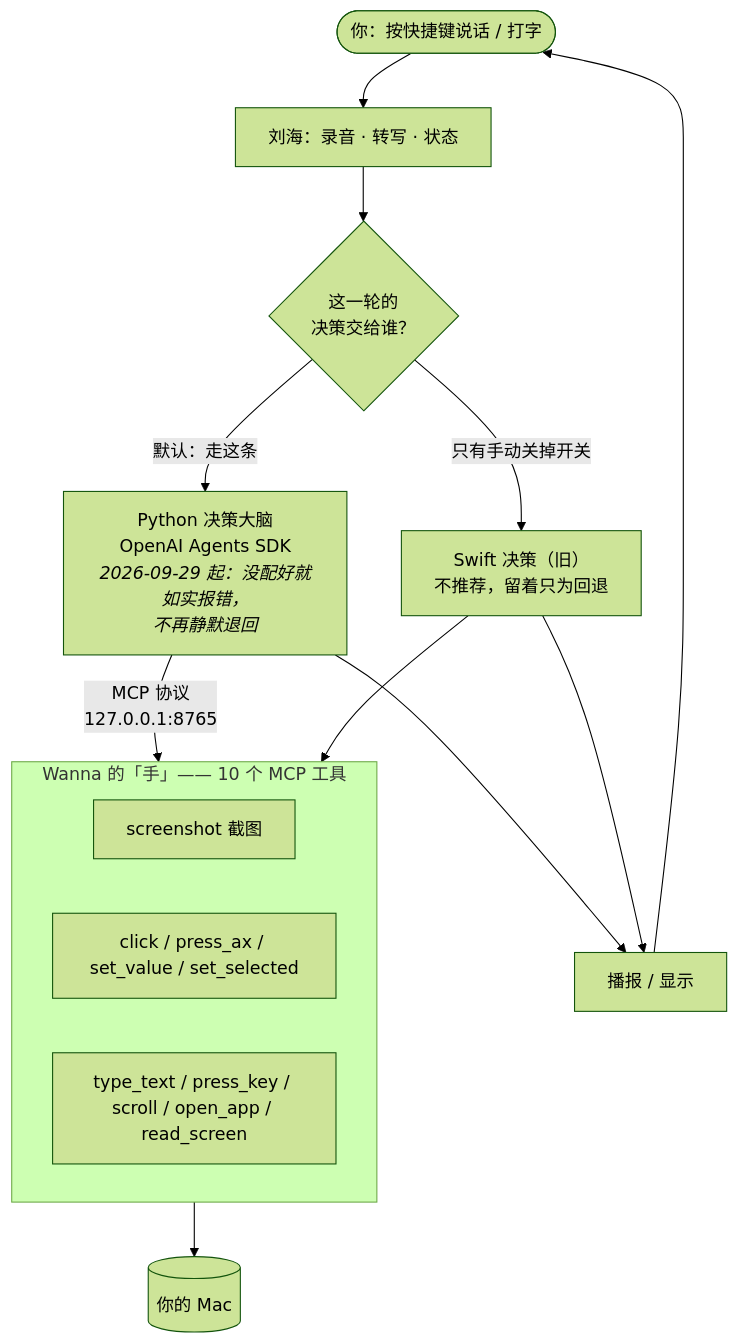
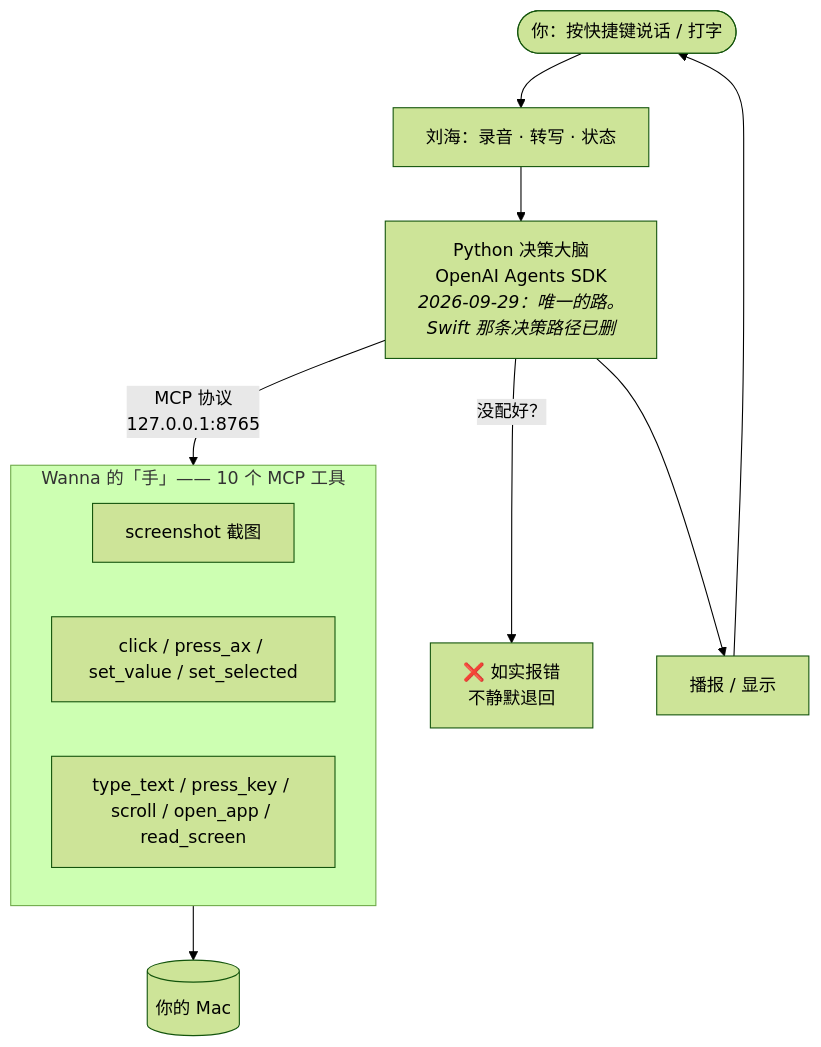
Before and after one commit to nash-aigc/wanna: the first of 6 diagrams in 全局框架/00-项目全貌.md, drawn with Mermaid (forest theme). The commit also changed other lines of this file and 2 other files, not shown here.

Commit message:
删掉 Swift 那条决策路径（连开关一起）—— 上一版只删了一半
用户对着渲染出来的图问「没修改吗」—— 问得对。那张图**准确地画着当时的代码**：
我只删了"静默退回"，Swift 决策那条本身还在（开关关掉就走它）。

现在删干净：
- CompanionManager 里那个二选一（87 行）换成一个直路（25 行），
  **整条 Swift 决策路径（那个视觉调用 + 它的流式回调）一起删掉**
- AppSettings 里的 `usesPythonDecisionBrain` 开关也删了（连 CodingKeys 与解码）
- 没配好 → 如实报错，唯一的出口

按用户 2026-09-29 定的「极简优先」（CLAUDE.md §0.8）：留着一整套没人走的分支，
只是让每读一次这段代码都要多想一层。

文档《项目全貌》同一次提交里改对：总图不再有岔路，现状表改成
「Swift 的决策路径已删」+「那 1430 行剩下的是外壳，Python 替不掉、不能删」。

````diff
--- a/全局框架/00-项目全貌.md
+++ b/全局框架/00-项目全貌.md
@@ -21,22 +21,18 @@
 ```mermaid
 flowchart TB
     U([你：按快捷键说话 / 打字]) --> NOTCH[刘海：录音 · 转写 · 状态]
-    NOTCH --> TURN{这一轮的<br/>决策交给谁？}
-
-    TURN -->|默认：走这条| PY["Python 决策大脑<br/>OpenAI Agents SDK<br/><i>2026-09-29 起：没配好就如实报错，<br/>不再静默退回</i>"]
-    TURN -->|只有手动关掉开关| SW["Swift 决策（旧）<br/>不推荐，留着只为回退"]
+    NOTCH --> PY["Python 决策大脑<br/>OpenAI Agents SDK<br/><i>2026-09-29：唯一的路。<br/>Swift 那条决策路径已删</i>"]
 
     PY -->|MCP 协议<br/>127.0.0.1:8765| HANDS
-    SW --> HANDS
 
     subgraph HANDS ["Wanna 的「手」—— 10 个 MCP 工具"]
         H1[screenshot 截图]
         H2[click / press_ax / set_value / set_selected]
         H3[type_text / press_key / scroll / open_app / read_screen]
     end
 
     HANDS --> MAC[(你的 Mac)]
+    PY -->|没配好？| ERR["❌ 如实报错<br/>不静默退回"]
     PY --> SPEAK[播报 / 显示]
-    SW --> SPEAK
     SPEAK --> U
 ```
````
